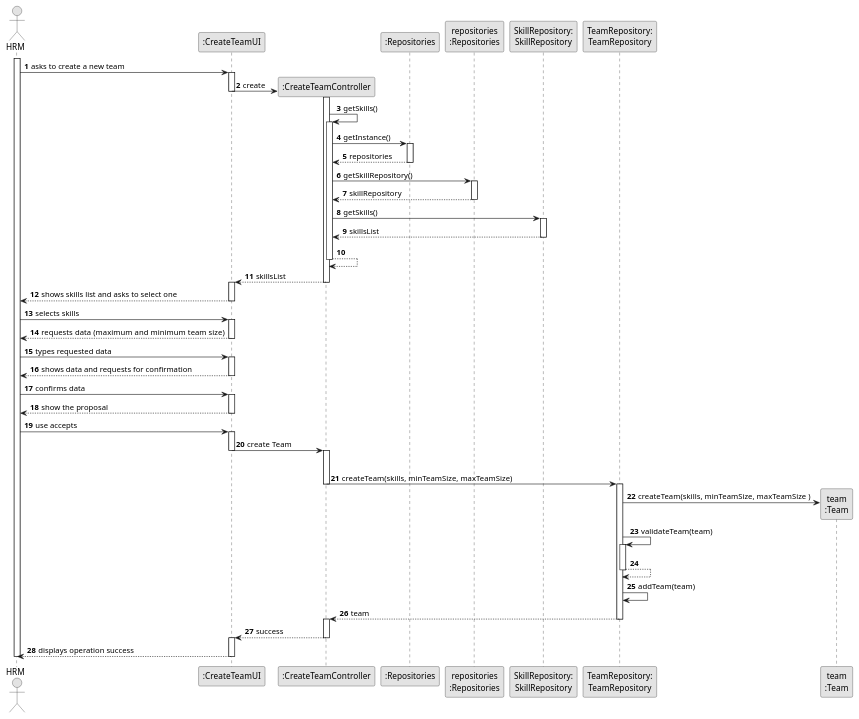
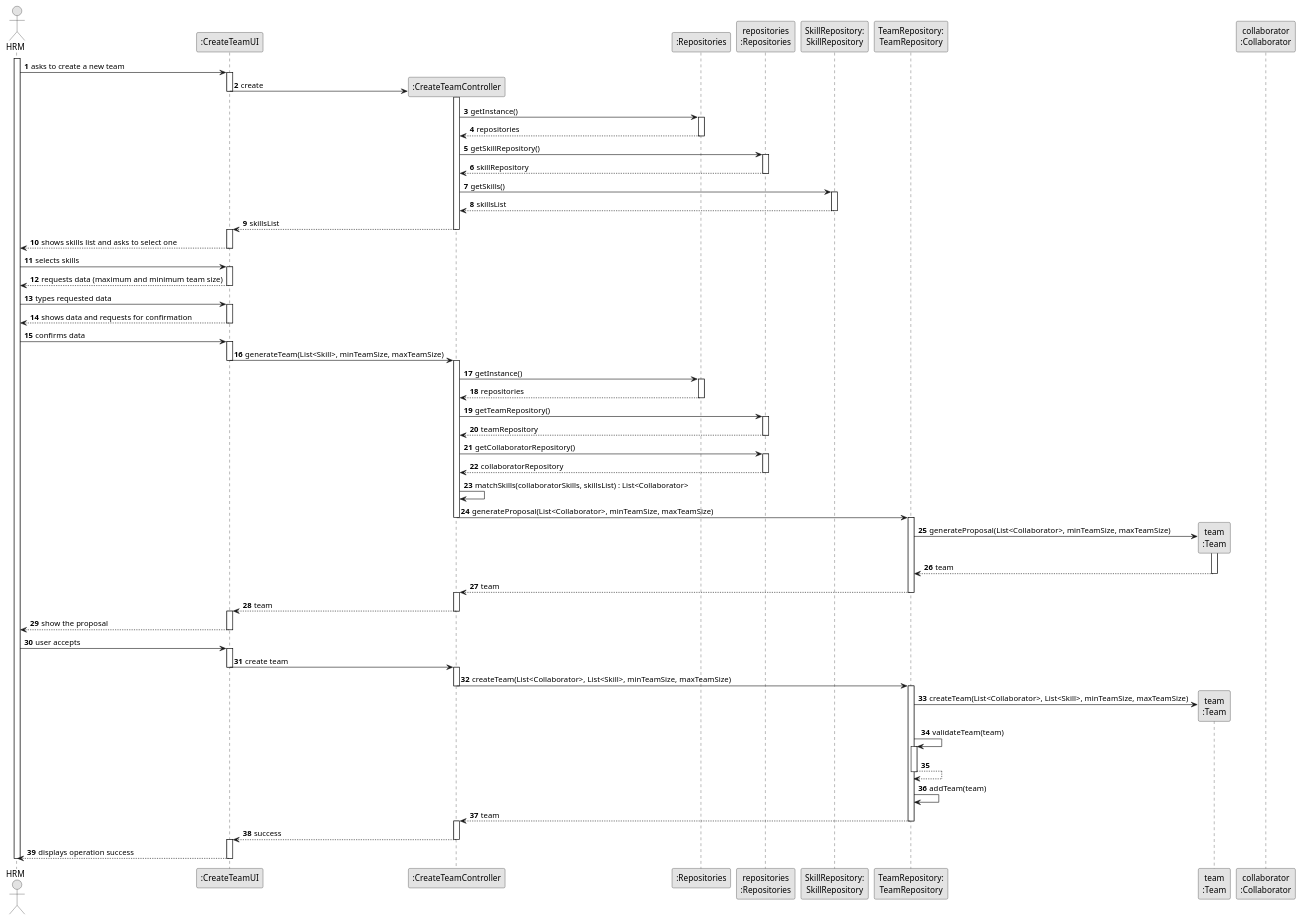
One commit to ricardomm7/leaflink changed the diagram in docs/sprintB/us005/03.design/puml/us005-sequence-diagram-full.puml. Above: the diagram before and after it, drawn with PlantUML. The commit also changed 16 other files, not shown here.

```diff
--- a/docs/sprintB/us005/03.design/puml/us005-sequence-diagram-full.puml
+++ b/docs/sprintB/us005/03.design/puml/us005-sequence-diagram-full.puml
@@ -1,116 +1,150 @@
 @startuml
 skinparam monochrome true
 skinparam packageStyle rectangle
 skinparam shadowing false
 
 autonumber
 
 'hide footbox
 actor "HRM" as ADM
 participant ":CreateTeamUI" as UI
 participant ":CreateTeamController" as CTRL
 participant ":Repositories" as RepositorySingleton
 participant "repositories\n:Repositories" as PLAT
 participant "SkillRepository:\nSkillRepository" as SkillRepository
 participant "TeamRepository:\nTeamRepository" as TeamRepository
 participant "team\n:Team" as Team
+participant "collaborator\n:Collaborator" as Collaborator
 
 activate ADM
 
     ADM -> UI : asks to create a new team
     activate UI
 
-                UI -> CTRL** : create
-                deactivate UI
-                activate CTRL
-
-                    CTRL -> CTRL : getSkills()
-                    activate CTRL
-
-                    CTRL -> RepositorySingleton : getInstance()
-                    activate RepositorySingleton
-
-                        RepositorySingleton --> CTRL: repositories
-                    deactivate RepositorySingleton
-
-                    CTRL -> PLAT : getSkillRepository()
-                    activate PLAT
-
-                        PLAT --> CTRL: skillRepository
-                    deactivate PLAT
-
-                    CTRL -> SkillRepository : getSkills()
-                    activate SkillRepository
-
-                        SkillRepository --> CTRL : skillsList
-                    deactivate SkillRepository
-
-                    CTRL --> CTRL
-                    deactivate CTRL
-
-                    CTRL --> UI : skillsList
-                                        deactivate CTRL
-
-                    activate UI
-
-                UI --> ADM : shows skills list and asks to select one
-                deactivate UI
-
-        ADM -> UI : selects skills
-        activate UI
-
-        UI --> ADM : requests data (maximum and minimum  team size)
-        deactivate UI
-
-    ADM -> UI : types requested data
-    activate UI
-
-        UI --> ADM : shows data and requests for confirmation
-        deactivate UI
-
-    ADM -> UI : confirms data
-    activate UI
-
-    UI --> ADM: show the proposal
-    deactivate UI
-
-    ADM -> UI: use accepts
-    activate UI
-
-        UI -> CTRL : create Team
+        UI -> CTRL** : create
         deactivate UI
         activate CTRL
 
-            |||
-                CTRL -> TeamRepository: createTeam(skills, minTeamSize, maxTeamSize)
-                deactivate CTRL
-                activate TeamRepository
+            CTRL -> RepositorySingleton : getInstance()
+            activate RepositorySingleton
 
-                TeamRepository -> Team**: createTeam(skills, minTeamSize, maxTeamSize )
+                RepositorySingleton --> CTRL: repositories
+            deactivate RepositorySingleton
 
-                        TeamRepository -> TeamRepository: validateTeam(team)
-                    activate TeamRepository
+            CTRL -> PLAT : getSkillRepository()
+            activate PLAT
+
+                PLAT --> CTRL: skillRepository
+            deactivate PLAT
+
+            CTRL -> SkillRepository : getSkills()
+            activate SkillRepository
+
+                SkillRepository --> CTRL : skillsList
+            deactivate SkillRepository
+
+            CTRL --> UI : skillsList
+            deactivate CTRL
+
+        activate UI
+
+        UI --> ADM : shows skills list and asks to select one
+        deactivate UI
+
+    ADM -> UI : selects skills
+    activate UI
+
+    UI --> ADM : requests data (maximum and minimum team size)
+    deactivate UI
+
+ADM -> UI : types requested data
+activate UI
+
+    UI --> ADM : shows data and requests for confirmation
+    deactivate UI
+
+ADM -> UI : confirms data
+activate UI
+
+UI -> CTRL : generateTeam(List<Skill>, minTeamSize, maxTeamSize)
+deactivate UI
+activate CTRL
+
+    CTRL -> RepositorySingleton : getInstance()
+    activate RepositorySingleton
+
+        RepositorySingleton --> CTRL: repositories
+    deactivate RepositorySingleton
+
+    CTRL -> PLAT : getTeamRepository()
+    activate PLAT
+
+        PLAT --> CTRL: teamRepository
+    deactivate PLAT
+
+    CTRL -> PLAT : getCollaboratorRepository()
+    activate PLAT
+
+        PLAT --> CTRL: collaboratorRepository
+    deactivate PLAT
+
+
+    CTRL -> CTRL : matchSkills(collaboratorSkills, skillsList) : List<Collaborator>
+
+    CTRL -> TeamRepository : generateProposal(List<Collaborator>, minTeamSize, maxTeamSize)
+deactivate CTRL
+    activate TeamRepository
+
+        TeamRepository -> Team**: generateProposal(List<Collaborator>, minTeamSize, maxTeamSize)
+activate Team
+Team -->TeamRepository : team
+deactivate Team
+TeamRepository --> CTRL : team
+    deactivate TeamRepository
+    activate CTRL
+    CTRL --> UI : team
+    deactivate CTRL
+    activate UI
 
 
 
-                    TeamRepository --> TeamRepository
-                deactivate TeamRepository
-
-                                    TeamRepository -> TeamRepository: addTeam(team)
 
 
+UI --> ADM: show the proposal
+deactivate UI
+
+ADM -> UI: user accepts
+activate UI
+
+    UI -> CTRL : create team
+    deactivate UI
+    activate CTRL
+
+            CTRL -> TeamRepository: createTeam(List<Collaborator>, List<Skill>, minTeamSize, maxTeamSize)
+            deactivate CTRL
+            activate TeamRepository
+
+            TeamRepository -> Team**: createTeam(List<Collaborator>, List<Skill>, minTeamSize, maxTeamSize)
+
+                TeamRepository -> TeamRepository: validateTeam(team)
+            activate TeamRepository
+
+                TeamRepository --> TeamRepository
+            deactivate TeamRepository
+
+            TeamRepository -> TeamRepository: addTeam(team)
+
             TeamRepository --> CTRL: team
-            deactivate TeamRepository
-            activate CTRL
+        deactivate TeamRepository
+        activate CTRL
 
+        CTRL --> UI : success
+        deactivate CTRL
+        activate UI
 
-            CTRL --> UI : success
-            deactivate CTRL
-            activate UI
-
-            UI --> ADM: displays operation success
-    deactivate UI
+        UI --> ADM: displays operation success
+deactivate UI
 
 deactivate ADM
 
 @enduml
```
